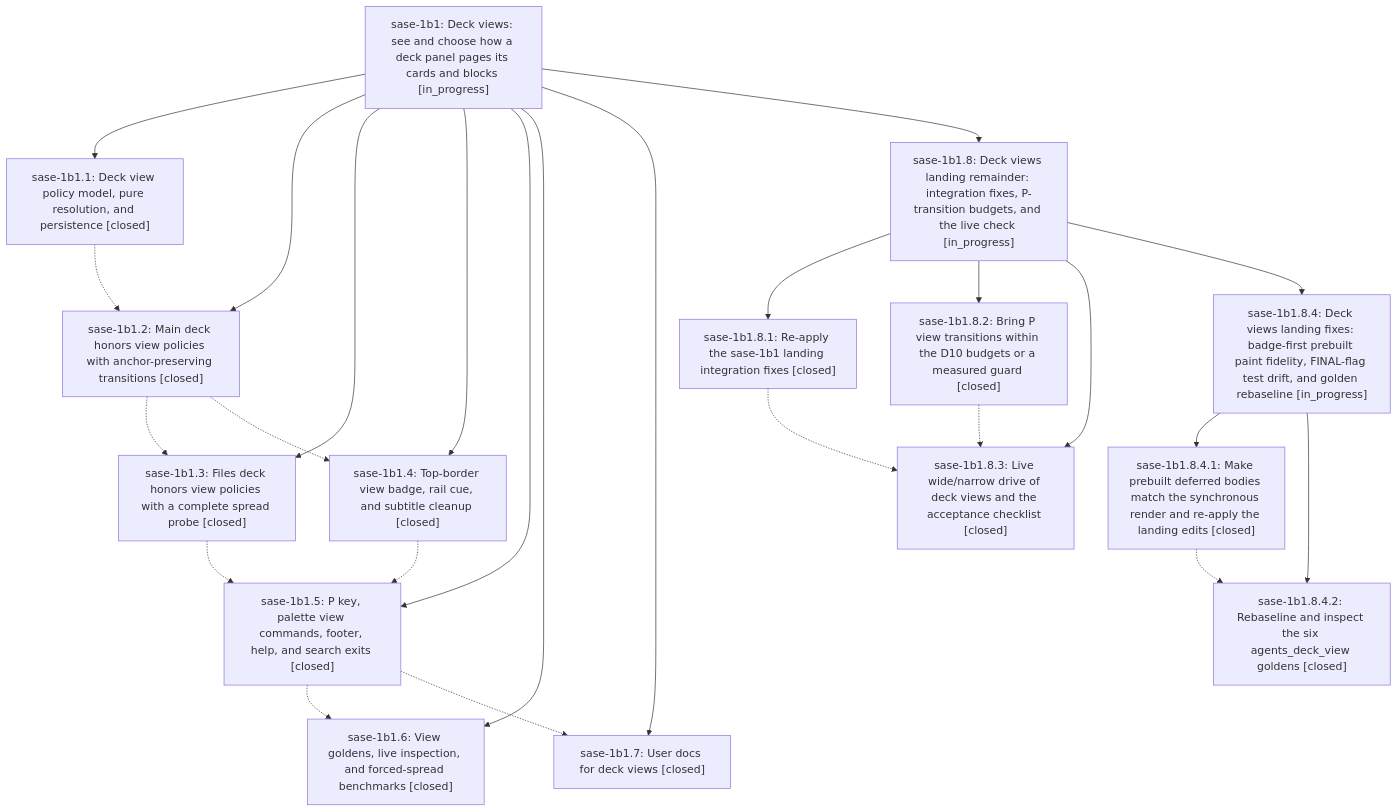
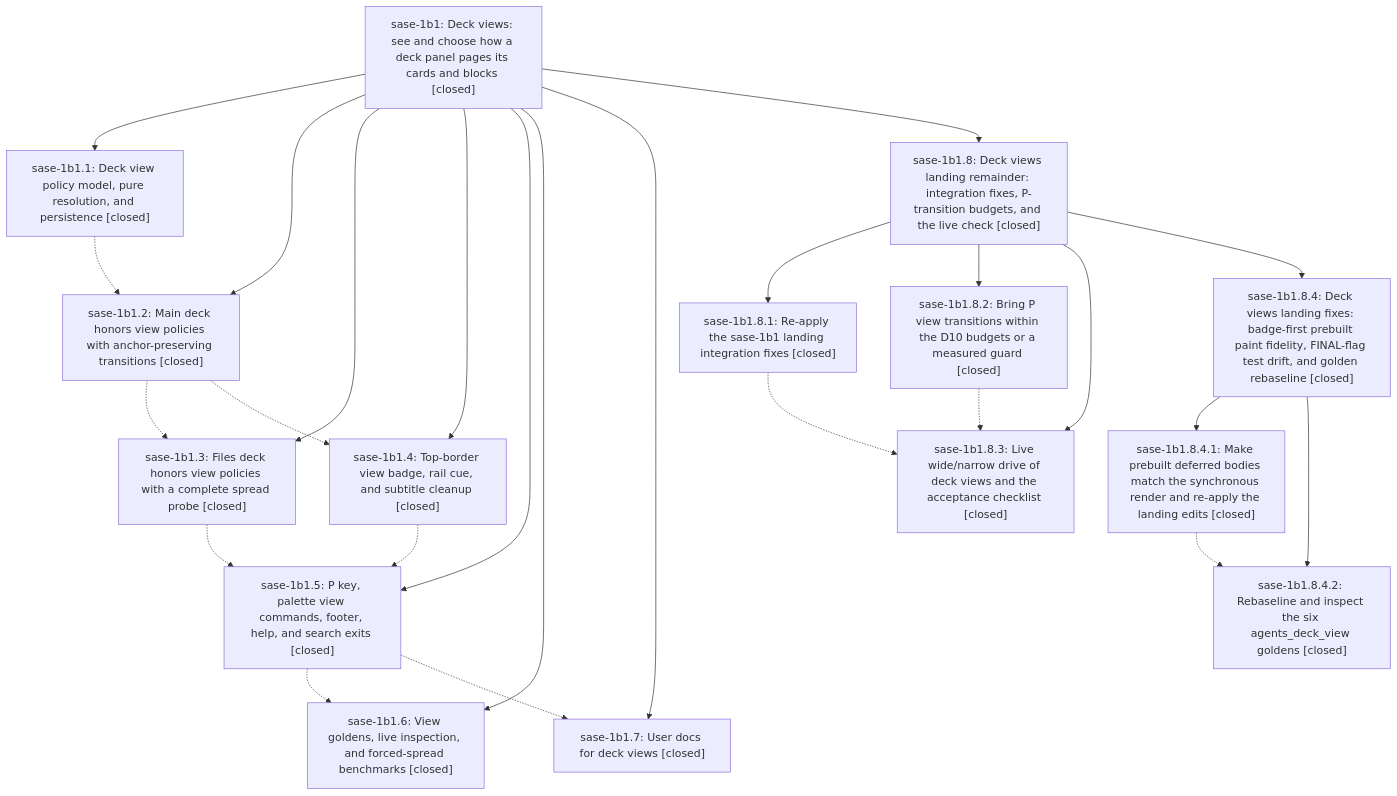
One commit to sase-org/sase--beads changed the diagram in pages/sase-1b1/README.md. Above: the diagram before and after it, drawn with Mermaid. The commit also changed other lines of this file and 2 other files, not shown here.

First line of the commit message:
chore(beads): sync bead state and pages for sase-1b1

````diff
--- a/pages/sase-1b1/README.md
+++ b/pages/sase-1b1/README.md
@@ -106,42 +116,42 @@
 ```mermaid
 flowchart TD
-    n0["sase-1b1: Deck views: see and choose how a deck panel pages its cards and blocks [in_progress]"]
+    n0["sase-1b1: Deck views: see and choose how a deck panel pages its cards and blocks [closed]"]
     n1["sase-1b1.1: Deck view policy model, pure resolution, and persistence [closed]"]
     n2["sase-1b1.2: Main deck honors view policies with anchor-preserving transitions [closed]"]
     n3["sase-1b1.3: Files deck honors view policies with a complete spread probe [closed]"]
     n4["sase-1b1.4: Top-border view badge, rail cue, and subtitle cleanup [closed]"]
     n5["sase-1b1.5: P key, palette view commands, footer, help, and search exits [closed]"]
     n6["sase-1b1.6: View goldens, live inspection, and forced-spread benchmarks [closed]"]
     n7["sase-1b1.7: User docs for deck views [closed]"]
-    n8["sase-1b1.8: Deck views landing remainder: integration fixes, P-transition budgets, and the live check [in_progress]"]
+    n8["sase-1b1.8: Deck views landing remainder: integration fixes, P-transition budgets, and the live check [closed]"]
     n9["sase-1b1.8.1: Re-apply the sase-1b1 landing integration fixes [closed]"]
     n10["sase-1b1.8.2: Bring P view transitions within the D10 budgets or a measured guard [closed]"]
     n11["sase-1b1.8.3: Live wide/narrow drive of deck views and the acceptance checklist [closed]"]
-    n12["sase-1b1.8.4: Deck views landing fixes: badge-first prebuilt paint fidelity, FINAL-flag test drift, and golden rebaseline [in_progress]"]
+    n12["sase-1b1.8.4: Deck views landing fixes: badge-first prebuilt paint fidelity, FINAL-flag test drift, and golden rebaseline [closed]"]
     n13["sase-1b1.8.4.1: Make prebuilt deferred bodies match the synchronous render and re-apply the landing edits [closed]"]
     n14["sase-1b1.8.4.2: Rebaseline and inspect the six agents_deck_view goldens [closed]"]
     n0 --> n1
     n0 --> n2
     n0 --> n3
     n0 --> n4
     n0 --> n5
     n0 --> n6
     n0 --> n7
     n0 --> n8
     n8 --> n9
     n8 --> n10
     n8 --> n11
     n8 --> n12
     n12 --> n13
     n12 --> n14
     n1 -.-> n2
     n2 -.-> n3
     n2 -.-> n4
     n3 -.-> n5
     n4 -.-> n5
     n5 -.-> n6
     n5 -.-> n7
     n9 -.-> n11
     n10 -.-> n11
     n13 -.-> n14
 ```
````
